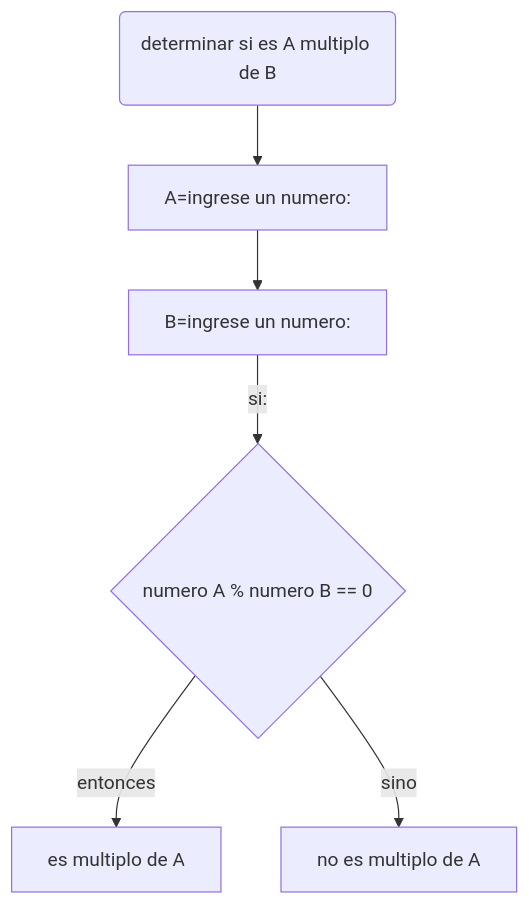
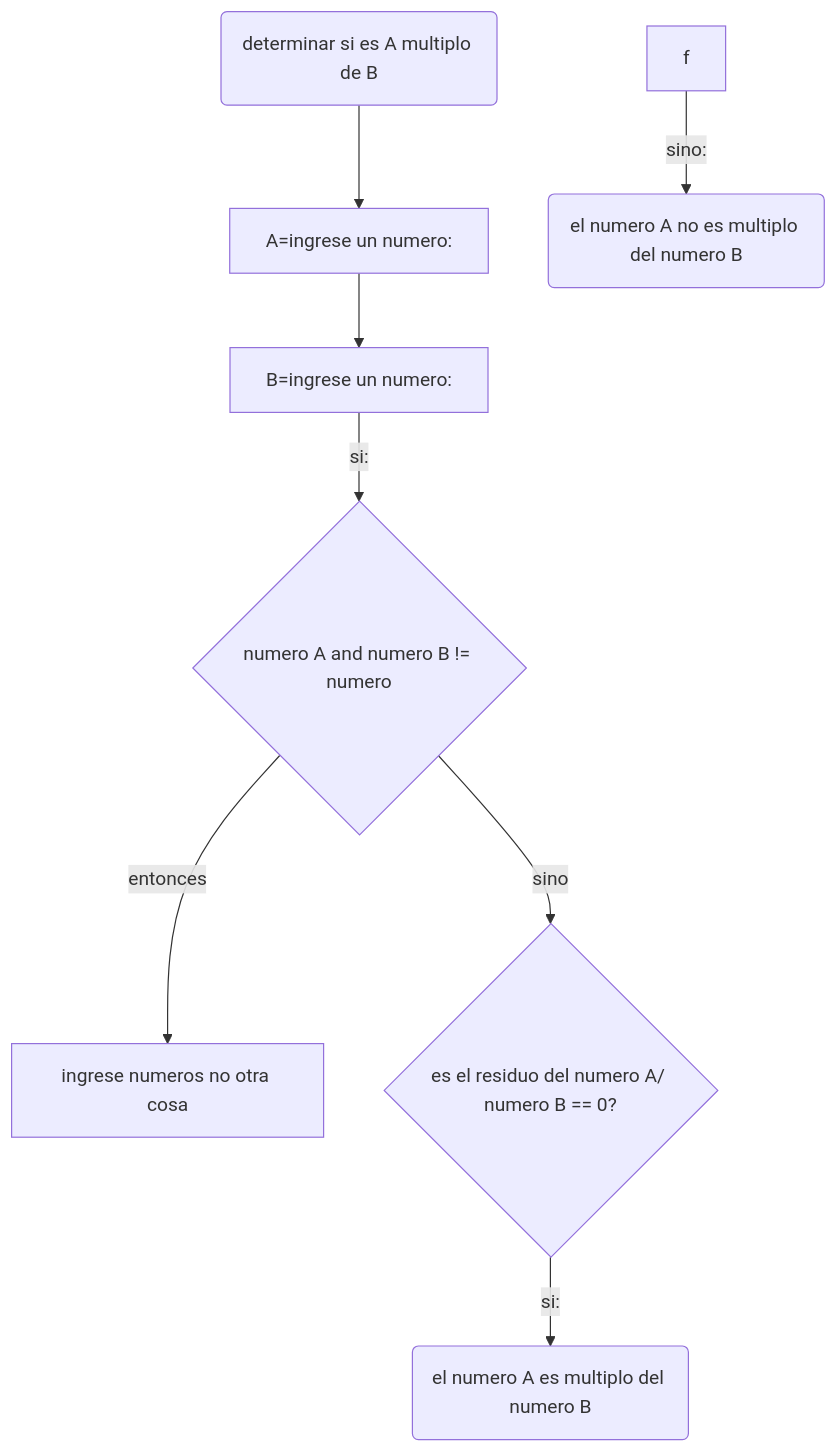
Before and after one commit to JavierGONL/Repo_Taller_1: the second of 2 diagrams in README.md, drawn with Mermaid.

````diff
--- a/README.md
+++ b/README.md
@@ -416,9 +416,10 @@
 ``` mermaid
-
 flowchart TD
     A(determinar si es A multiplo de B) --> B[A=ingrese un numero:]
     B -->C[B=ingrese un numero:]
-    C --> |si:|D{numero A % numero B == 0}    
-    D -->|entonces|E[es multiplo de A]
-    D -->|sino|F[no es multiplo de A]
+    C --> |si:|D{numero A and numero B != numero}    
+    D -->|entonces|E[ingrese numeros no otra cosa]
+    D -->|sino|F{es el residuo del numero A/ numero B == 0?}
+    F -->|si:|g(el numero A es multiplo del numero B)
+    f -->|sino:| h(el numero A no es multiplo del numero B)
 ```
````
